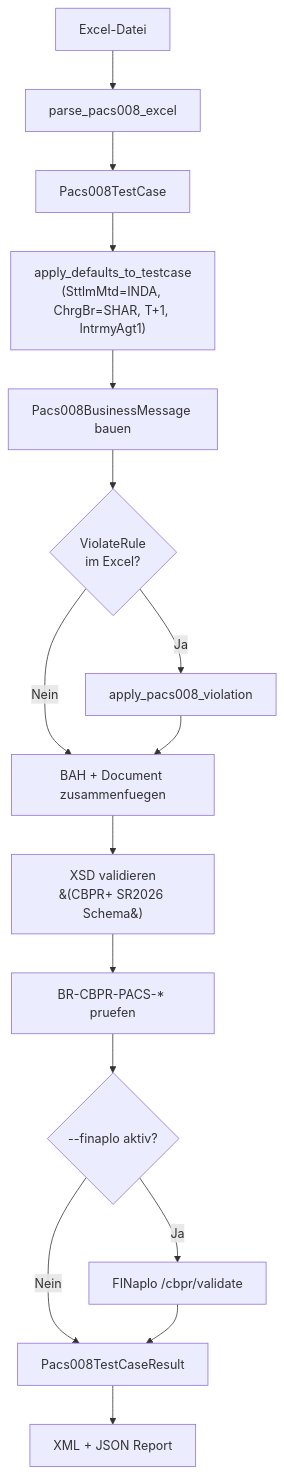
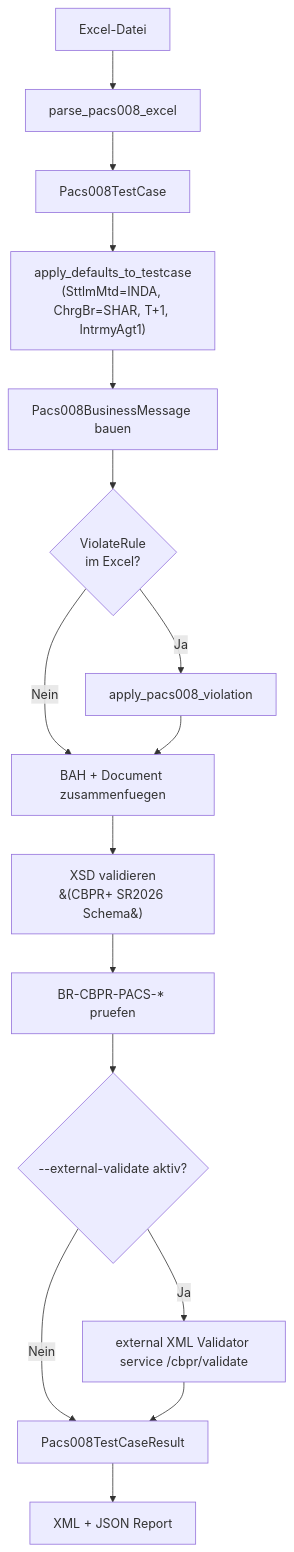
One commit to Sebastenhauer/iso20022tester changed the third of 5 diagrams in README.md. Above: the diagram before and after it, drawn with Mermaid. The commit also changed other lines of this file and 21 other files, not shown here.

````diff
--- a/README.md
+++ b/README.md
@@ -135,18 +135,18 @@
 ```mermaid
 flowchart TD
     A[Excel-Datei] --> B[parse_pacs008_excel]
     B --> C[Pacs008TestCase]
     C --> D["apply_defaults_to_testcase\n(SttlmMtd=INDA, ChrgBr=SHAR, T+1, IntrmyAgt1)"]
     D --> E[Pacs008BusinessMessage bauen]
     E --> F{ViolateRule\nim Excel?}
     F -- Ja --> G[apply_pacs008_violation]
     F -- Nein --> H[BAH + Document zusammenfuegen]
     G --> H
     H --> I[XSD validieren\n&#40;CBPR+ SR2026 Schema&#41;]
     I --> J[BR-CBPR-PACS-* pruefen]
-    J --> K{--finaplo aktiv?}
-    K -- Ja --> L["FINaplo /cbpr/validate"]
+    J --> K{--external-validate aktiv?}
+    K -- Ja --> L["external XML Validator service /cbpr/validate"]
     K -- Nein --> M[Pacs008TestCaseResult]
     L --> M
     M --> N[XML + JSON Report]
 ```
````
